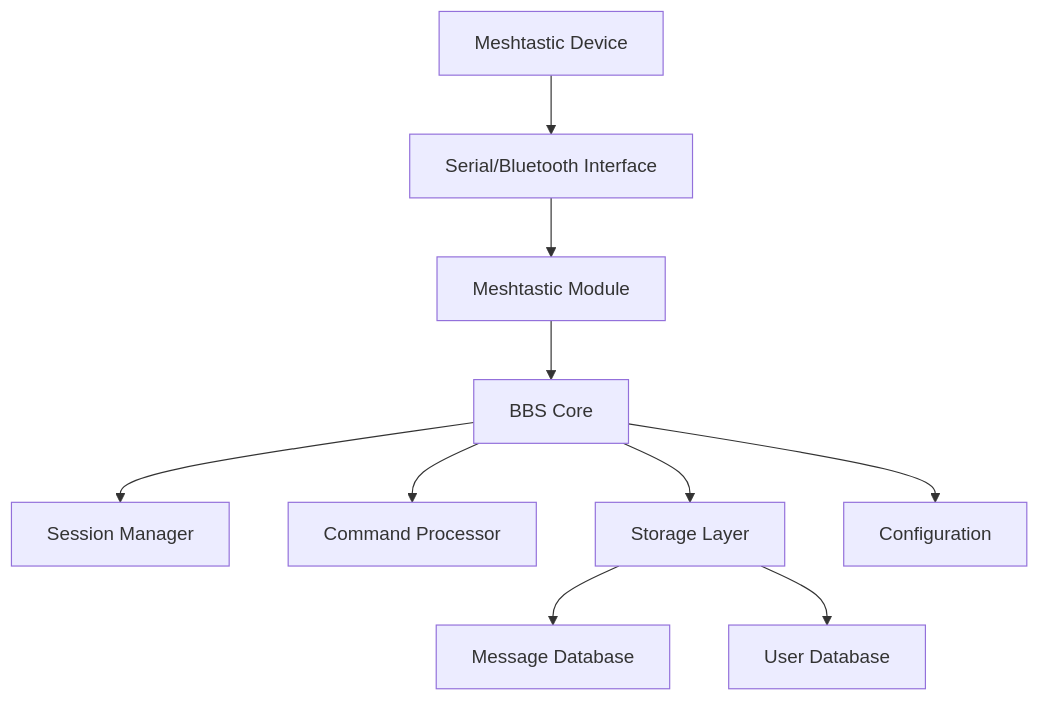
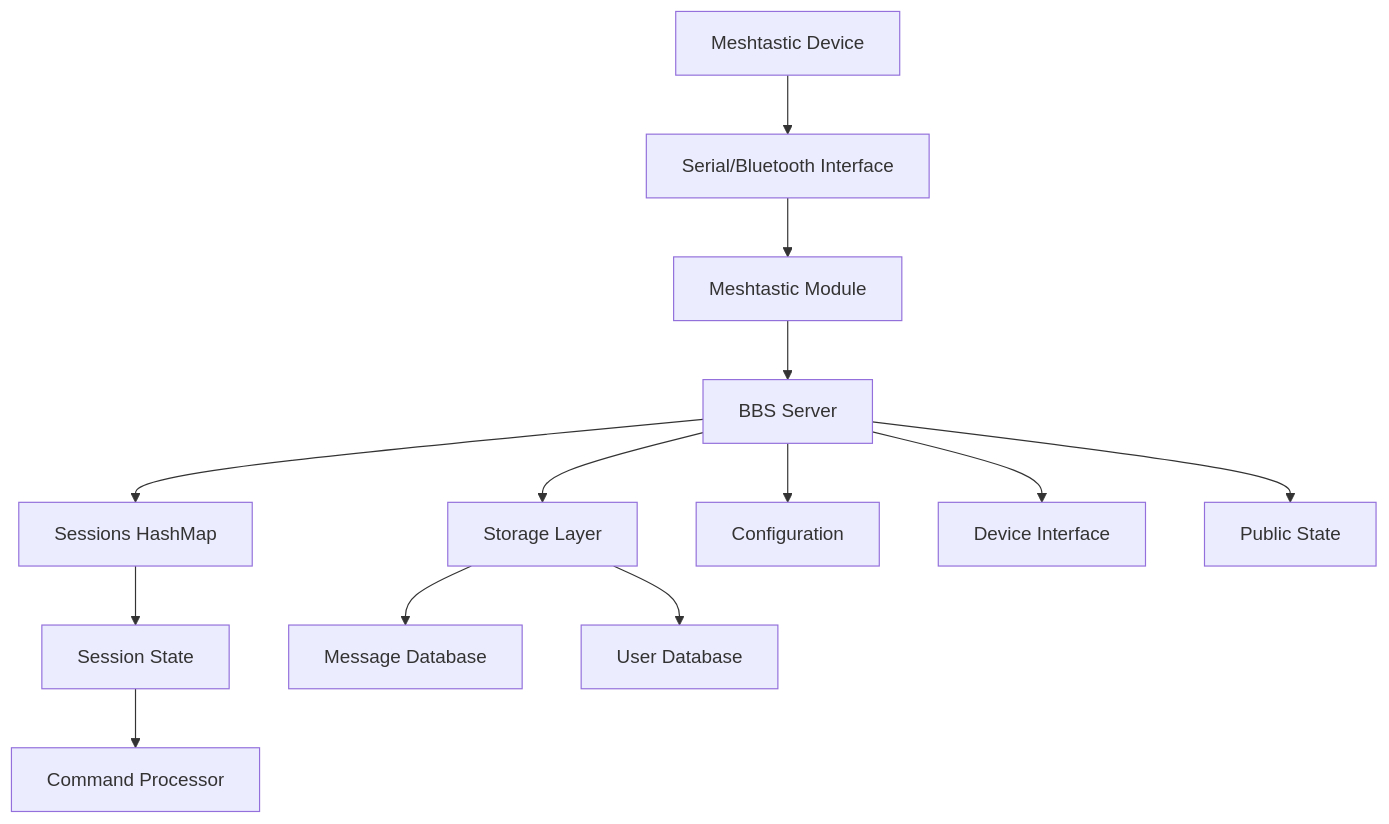
Before and after one commit to martinbogo/meshbbs: the diagram in README.md, drawn with Mermaid. The commit also changed other lines of this file and 3 other files, not shown here.

````diff
--- a/README.md
+++ b/README.md
@@ -287,12 +287,15 @@
 ```mermaid
 graph TD
     A[Meshtastic Device] --> B[Serial/Bluetooth Interface]
     B --> C[Meshtastic Module]
-    C --> D[BBS Core]
-    D --> E[Session Manager]
-    D --> F[Command Processor]
-    D --> G[Storage Layer]
-    G --> H[Message Database]
-    G --> I[User Database]
-    D --> J[Configuration]
+    C --> D[BBS Server]
+    D --> E[Sessions HashMap]
+    E --> F[Session State]
+    F --> G[Command Processor]
+    D --> H[Storage Layer]
+    H --> I[Message Database]
+    H --> J[User Database]
+    D --> K[Configuration]
+    D --> L[Device Interface]
+    D --> M[Public State]
 ```
````
